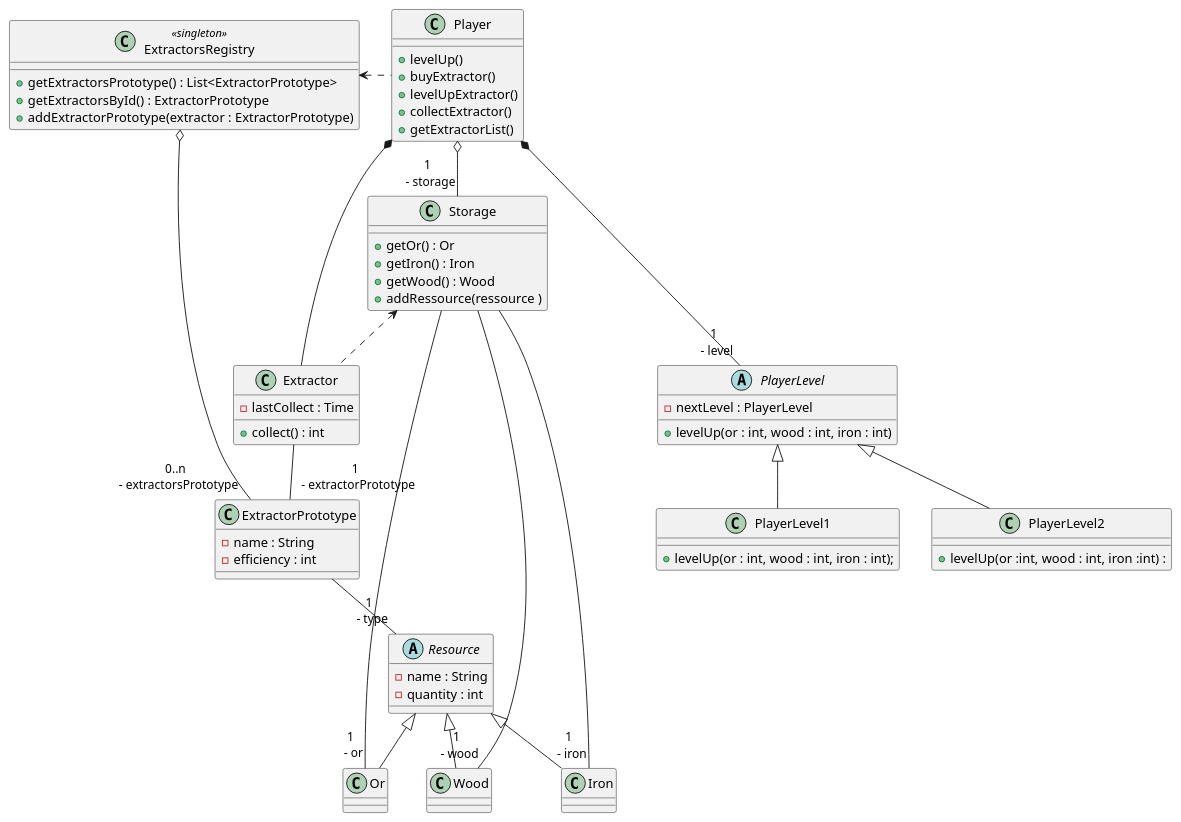
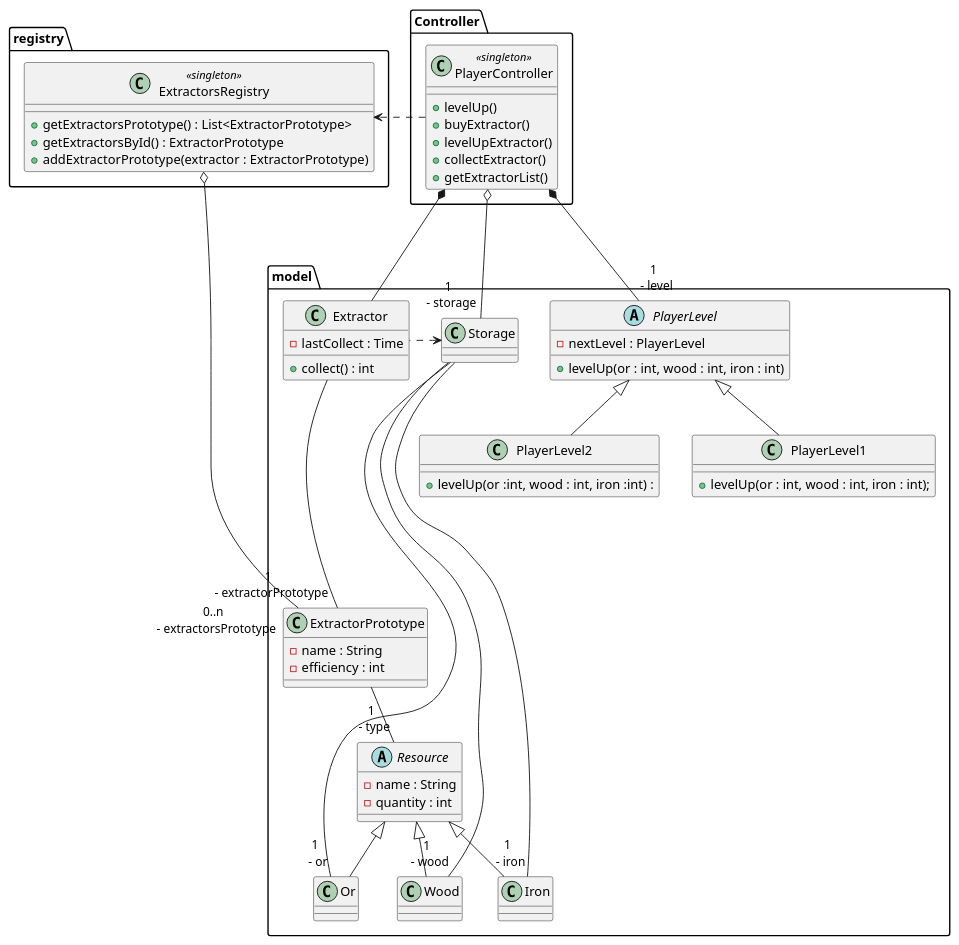
One commit to skelirphoteman/Resource-Management-Game changed the diagram in ProjectManagment/UML/DGeneralClass.puml. Above: the diagram before and after it, drawn with PlantUML. The commit also changed 19 other files, not shown here.

Commit message:
Start of program : - Ressource (or, wood, iron) - Ressource Storage - beginning PlayerLevel

```diff
--- a/ProjectManagment/UML/DGeneralClass.puml
+++ b/ProjectManagment/UML/DGeneralClass.puml
@@ -1,78 +1,81 @@
 @startuml
 'https://plantuml.com/class-diagram
 
-class Player{
-
-
-    + levelUp()
-    + buyExtractor()
-    + levelUpExtractor()
-    + collectExtractor()
-    + getExtractorList()
-}
-
-class ExtractorsRegistry <<singleton>>{
-    + getExtractorsPrototype() : List<ExtractorPrototype>
-    + getExtractorsById() : ExtractorPrototype
-    + addExtractorPrototype(extractor : ExtractorPrototype)
-}
-
-ExtractorsRegistry o-- "0..n \n - extractorsPrototype" ExtractorPrototype
-Extractor .up.> Storage
-Player .left.> ExtractorsRegistry
-
-class ExtractorPrototype {
-    - name : String
-    - efficiency : int
-}
-class Extractor {
-    - lastCollect : Time
-    + collect() : int
-}
-Player *-- Extractor
-ExtractorPrototype -- "1 \n - type"Resource
-Extractor -- "1 \n - extractorPrototype" ExtractorPrototype
-
-Player *--- "1 \n - level" PlayerLevel
-Player o-- "1 \n - storage" Storage
-abstract class Resource{
-    - name : String
-    - quantity : int
-}
-
-class Storage {
-    + getOr() : Or
-    + getIron() : Iron
-    + getWood() : Wood
-    + addRessource(ressource )
-}
-Storage -- "1 \n - or" Or
-Storage -- "1 \n - wood" Wood
-Storage -- "1 \n - iron" Iron
-
-class Or extends Resource {
-}
-
-class Wood extends Resource {
-}
-
-
-class Iron extends Resource {
-}
-
-abstract class PlayerLevel {
-    - nextLevel : PlayerLevel
-    + levelUp(or : int, wood : int, iron : int)
-}
-
-
-class PlayerLevel1 extends PlayerLevel {
-    + levelUp(or : int, wood : int, iron : int);
+package Controller{
+    class PlayerController <<singleton>>{
+        + levelUp()
+        + buyExtractor()
+        + levelUpExtractor()
+        + collectExtractor()
+        + getExtractorList()
+    }
 
 }
 
-class PlayerLevel2 extends PlayerLevel {
-    + levelUp(or :int, wood : int, iron :int) :
+package registry {
+    class ExtractorsRegistry <<singleton>>{
+         + getExtractorsPrototype() : List<ExtractorPrototype>
+         + getExtractorsById() : ExtractorPrototype
+         + addExtractorPrototype(extractor : ExtractorPrototype)
+     }
 }
 
+package model {
+
+
+
+    ExtractorsRegistry o-- "0..n \n - extractorsPrototype" ExtractorPrototype
+    Extractor .left.> Storage
+    PlayerController .right.> ExtractorsRegistry
+
+    class ExtractorPrototype {
+        - name : String
+        - efficiency : int
+    }
+    class Extractor {
+        - lastCollect : Time
+        + collect() : int
+    }
+    PlayerController *-- Extractor
+    ExtractorPrototype -- "1 \n - type"Resource
+    Extractor ---- "1 \n - extractorPrototype" ExtractorPrototype
+
+    PlayerController *--- "1 \n - level" PlayerLevel
+    PlayerController o-- "1 \n - storage" Storage
+    abstract class Resource{
+        - name : String
+        - quantity : int
+    }
+
+    class Storage {
+    }
+    Storage -- "1 \n - or" Or
+    Storage -- "1 \n - wood" Wood
+    Storage -- "1 \n - iron" Iron
+
+    class Or extends Resource {
+    }
+
+    class Wood extends Resource {
+    }
+
+
+    class Iron extends Resource {
+    }
+
+    abstract class PlayerLevel {
+        - nextLevel : PlayerLevel
+        + levelUp(or : int, wood : int, iron : int)
+    }
+
+
+    class PlayerLevel1 extends PlayerLevel {
+        + levelUp(or : int, wood : int, iron : int);
+
+    }
+
+    class PlayerLevel2 extends PlayerLevel {
+        + levelUp(or :int, wood : int, iron :int) :
+    }
+}
 @enduml
```
